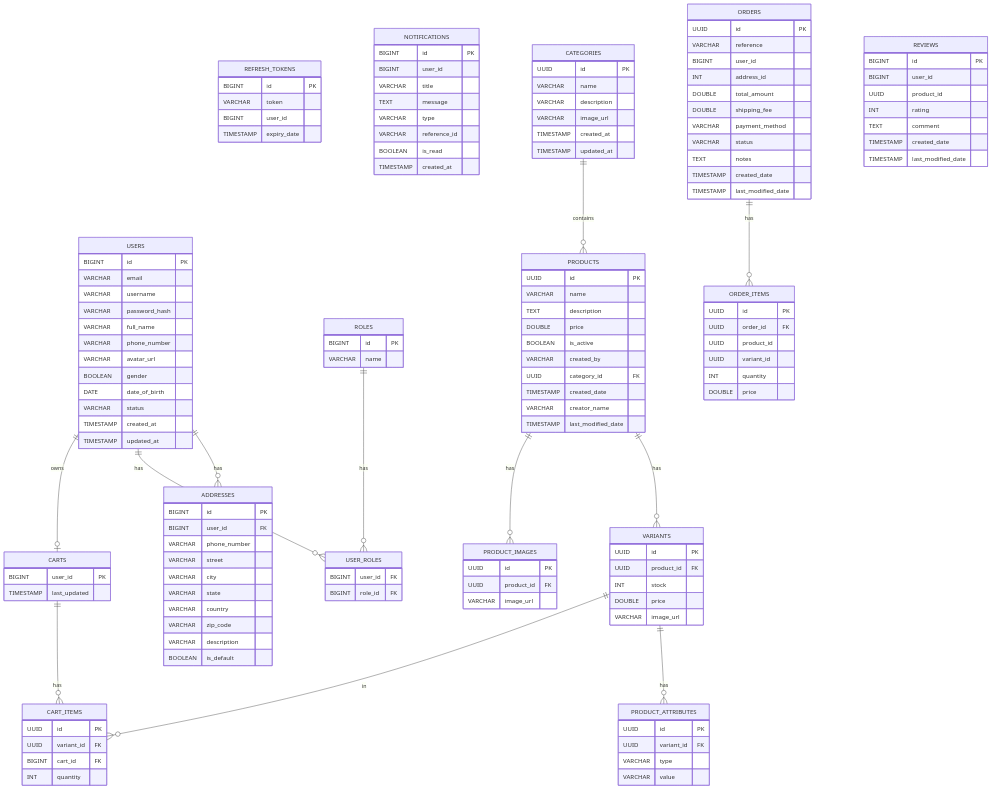
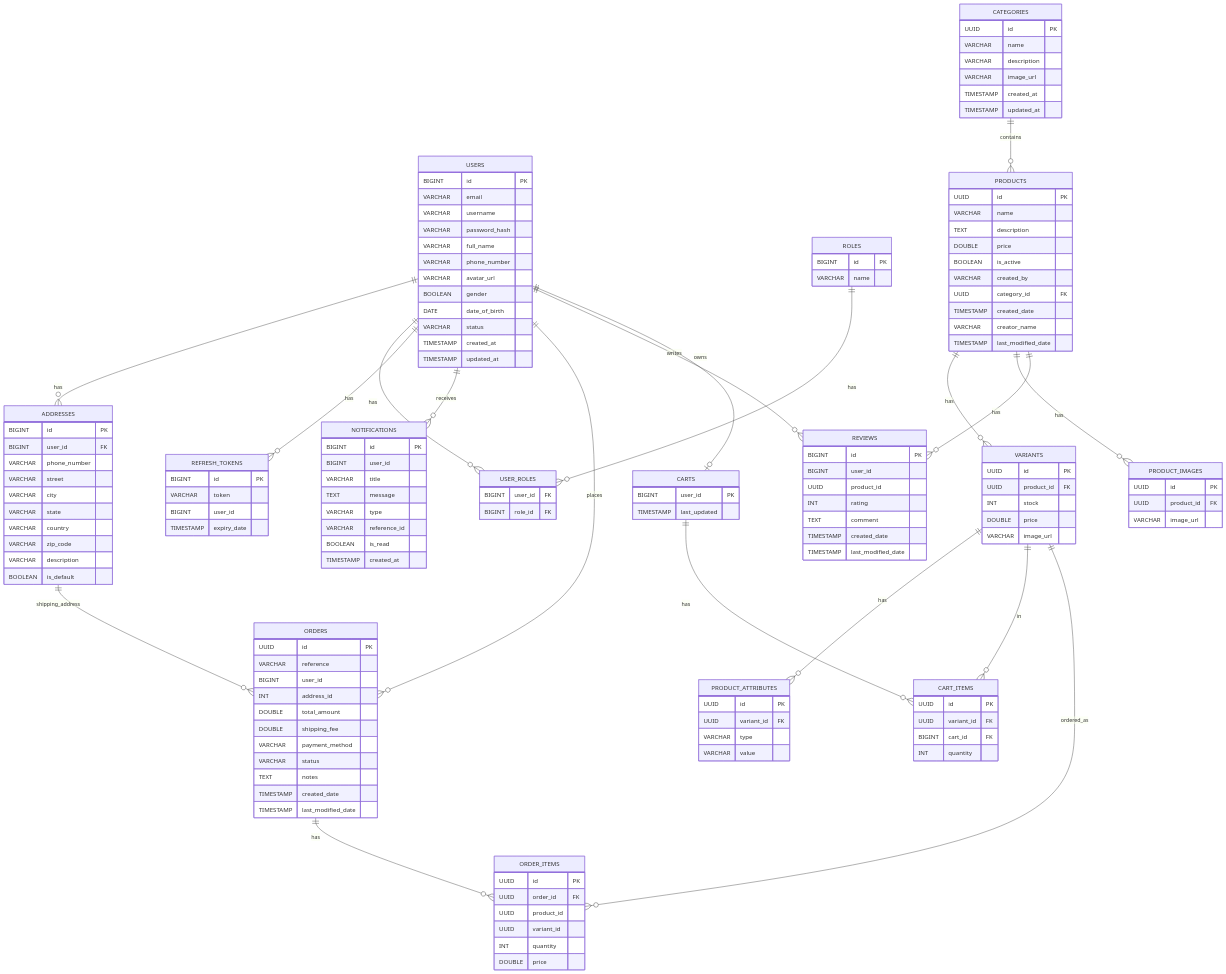
Before and after one commit to hoang26112004/technova_be: the diagram in ERD.md, drawn with Mermaid. The commit also changed other lines of this file, not shown here.

````diff
--- a/ERD.md
+++ b/ERD.md
@@ -149,15 +149,22 @@
   USERS ||--o{ ADDRESSES : has
   USERS ||--o{ USER_ROLES : has
   ROLES ||--o{ USER_ROLES : has
+  USERS ||--o{ REFRESH_TOKENS : has
+  USERS ||--o{ NOTIFICATIONS : receives
+  USERS ||--o{ ORDERS : places
+  USERS ||--o{ REVIEWS : writes
 
   CATEGORIES ||--o{ PRODUCTS : contains
   PRODUCTS ||--o{ VARIANTS : has
   VARIANTS ||--o{ PRODUCT_ATTRIBUTES : has
   PRODUCTS ||--o{ PRODUCT_IMAGES : has
+  PRODUCTS ||--o{ REVIEWS : has
 
   USERS ||--o| CARTS : owns
   CARTS ||--o{ CART_ITEMS : has
   VARIANTS ||--o{ CART_ITEMS : in
 
   ORDERS ||--o{ ORDER_ITEMS : has
+  VARIANTS ||--o{ ORDER_ITEMS : ordered_as
+  ADDRESSES ||--o{ ORDERS : shipping_address
 ```
````
